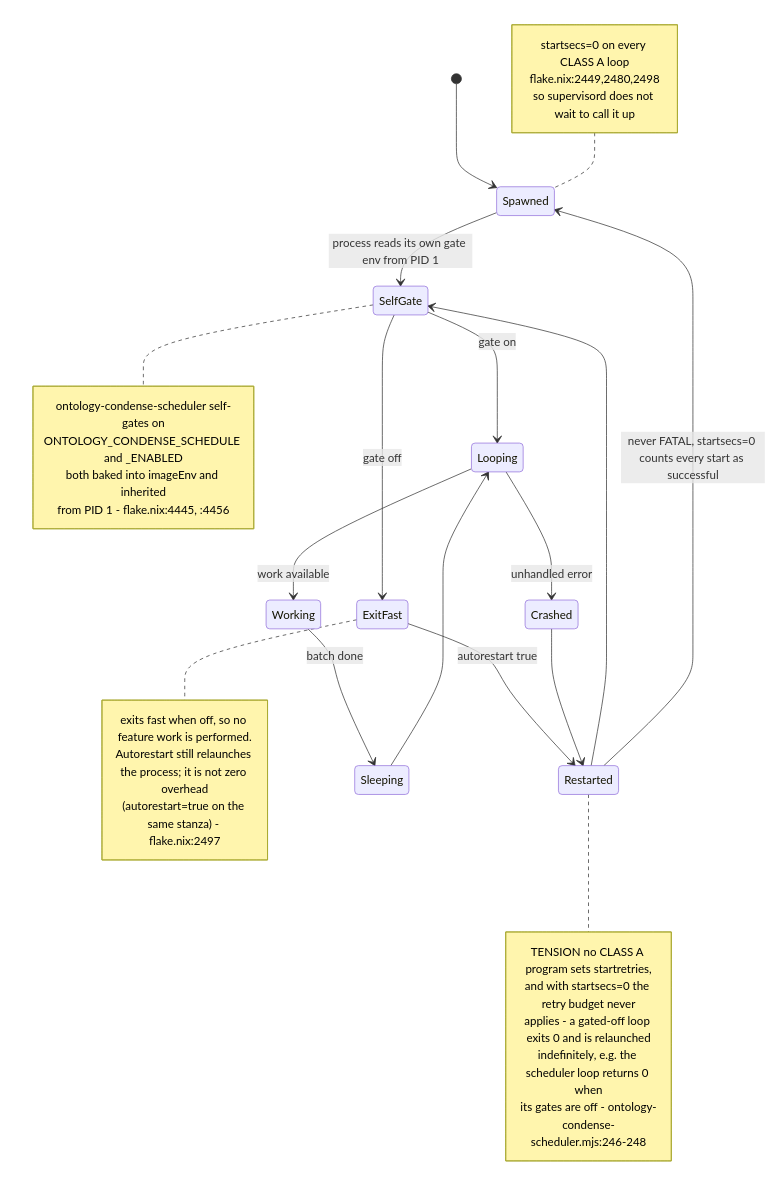
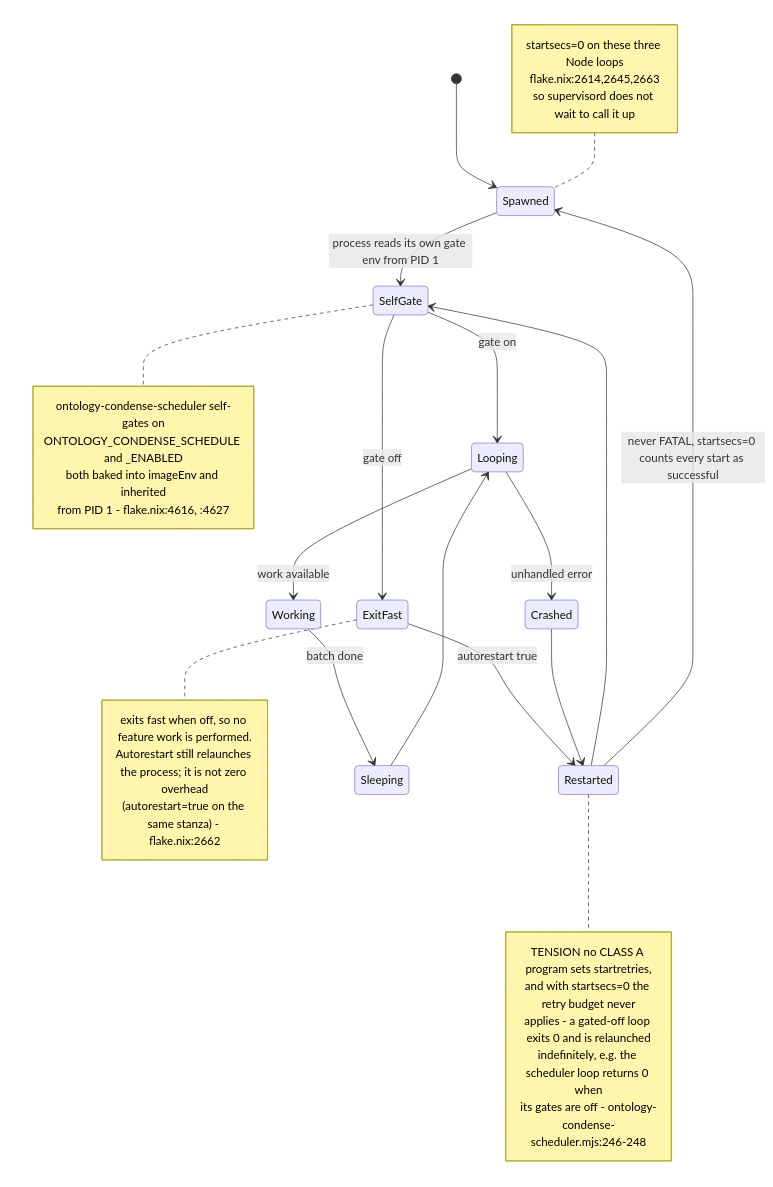
One commit to DreamLab-AI/VisionFlow changed the second of 11 diagrams in docs/diagrams/agentbox/07-daemons-reapers-cron-backups.md. Above: the diagram before and after it, drawn with Mermaid. The commit also changed other lines of this file and 14 other files, not shown here.

Commit message:
docs: align settlement, daemon and dated health diagrams

````diff
--- a/docs/diagrams/agentbox/07-daemons-reapers-cron-backups.md
+++ b/docs/diagrams/agentbox/07-daemons-reapers-cron-backups.md
@@ -57,39 +57,39 @@
 ```mermaid
 stateDiagram-v2
     [*] --> Spawned
     Spawned --> SelfGate: process reads its own gate env from PID 1
     SelfGate --> ExitFast: gate off
     SelfGate --> Looping: gate on
     ExitFast --> Restarted: autorestart true
     Restarted --> SelfGate
     Looping --> Working: work available
     Working --> Sleeping: batch done
     Sleeping --> Looping
     Looping --> Crashed: unhandled error
     Crashed --> Restarted
     Restarted --> Spawned: never FATAL, startsecs=0 counts every start as successful
 
     note right of SelfGate
         ontology-condense-scheduler self-gates on
         ONTOLOGY_CONDENSE_SCHEDULE and _ENABLED
         both baked into imageEnv and inherited
-        from PID 1 - flake.nix:4445, :4456
+        from PID 1 - flake.nix:4616, :4627
     end note
     note right of ExitFast
         exits fast when off, so no feature work is performed.
         Autorestart still relaunches the process; it is not zero overhead
-        (autorestart=true on the same stanza) - flake.nix:2497
+        (autorestart=true on the same stanza) - flake.nix:2662
     end note
     note left of Spawned
-        startsecs=0 on every CLASS A loop
-        flake.nix:2449,2480,2498
+        startsecs=0 on these three Node loops
+        flake.nix:2614,2645,2663
         so supervisord does not wait to call it up
     end note
     note right of Restarted
         TENSION no CLASS A program sets startretries,
         and with startsecs=0 the retry budget never
         applies - a gated-off loop exits 0 and is relaunched
         indefinitely, e.g. the scheduler loop returns 0 when
         its gates are off - ontology-condense-scheduler.mjs:246-248
     end note
 ```
````
